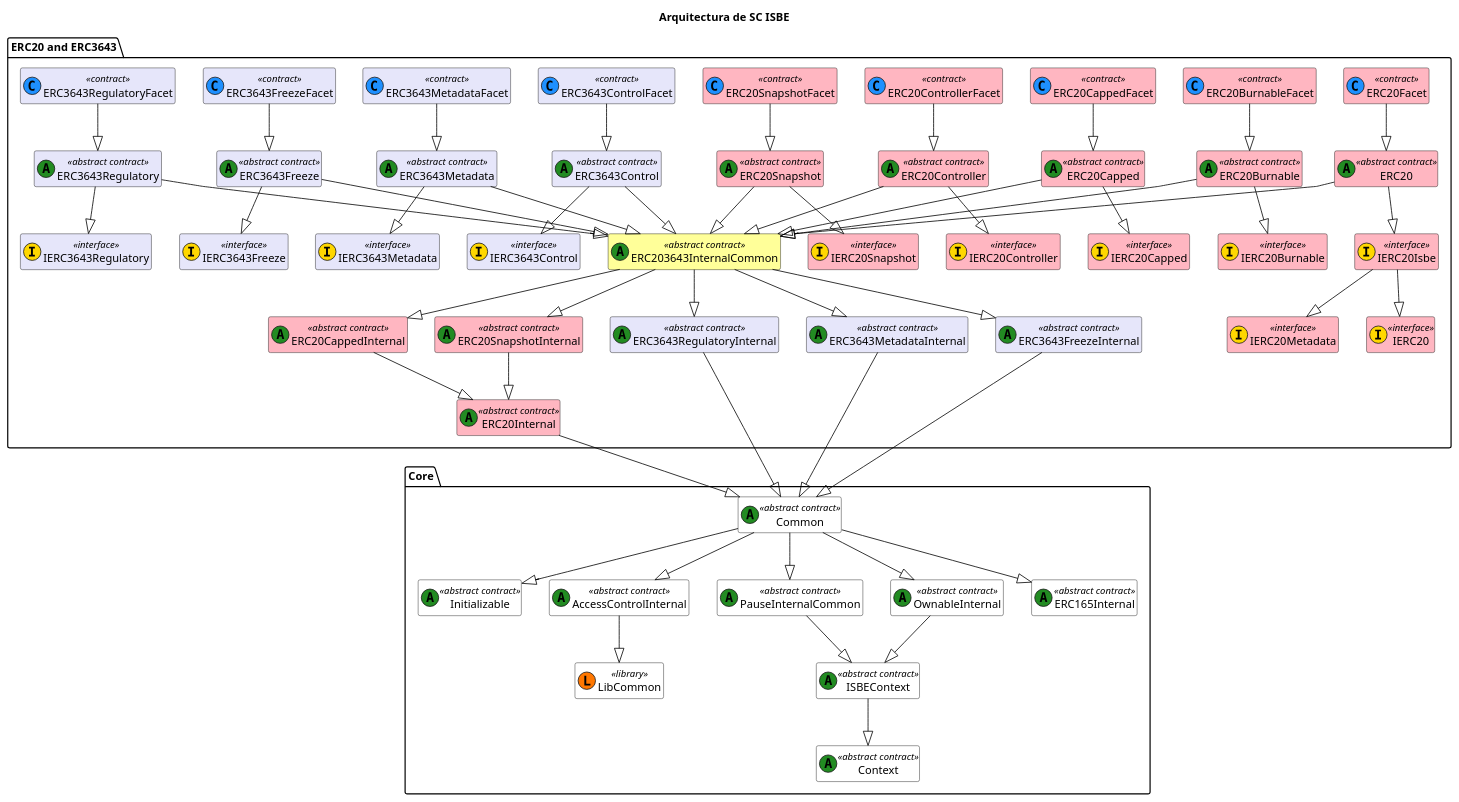
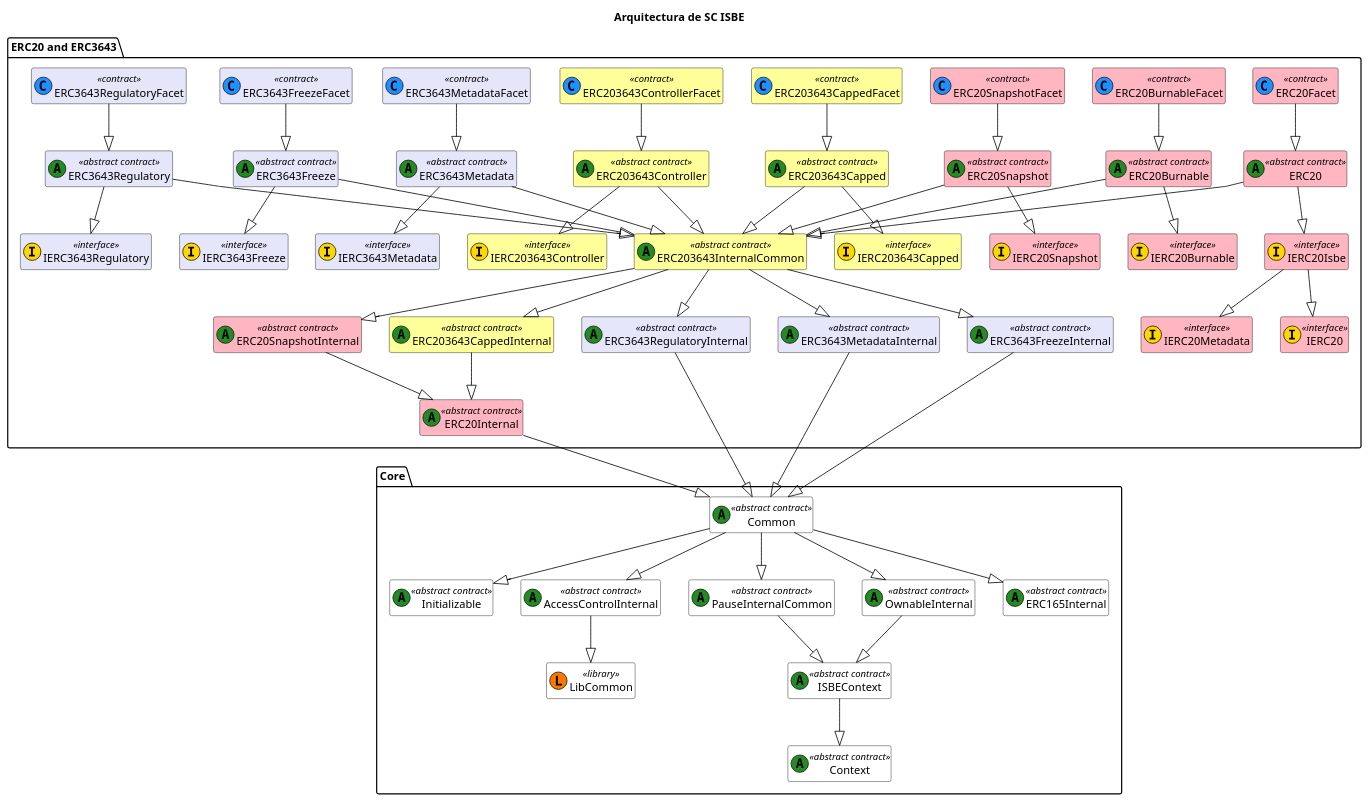
The diagram in docs/diagrams/ISBE-SC-UML-Global-Functional_3.puml (red-isbe/isbe-contracts), drawn with PlantUML before and after one commit. The commit also changed 9 other files, not shown here.

Commit message:
Update ADR, diagram and beforetokentransfer more clear

```diff
--- a/docs/diagrams/ISBE-SC-UML-Global-Functional_3.puml
+++ b/docs/diagrams/ISBE-SC-UML-Global-Functional_3.puml
@@ -1,154 +1,151 @@
 @startuml
 title Arquitectura de SC ISBE
 
 skinparam class {
     BackgroundColor White
     ArrowColor Black
     BorderColor Black
 }
 skinparam linetype polyline
 hide empty members
 
 ' === CORE ===
 package "Core" {
     class Initializable <<(A,#228b22) abstract contract>>
     class Common <<(A,#228b22) abstract contract>>
     class LibCommon << (L,#FF7700) library >>
     class ISBEContext <<(A,#228b22) abstract contract>>
     class AccessControlInternal <<(A,#228b22) abstract contract>> 
     class PauseInternalCommon <<(A,#228b22) abstract contract>> 
     class OwnableInternal <<(A,#228b22) abstract contract>> 
     class ERC165Internal <<(A,#228b22) abstract contract>>
     class Context <<(A,#228b22) abstract contract>>
 
     Common --|> Initializable
     Common --|> ERC165Internal
     Common --|> AccessControlInternal
     Common --|> OwnableInternal
     Common --|> PauseInternalCommon
     PauseInternalCommon --|> ISBEContext
     OwnableInternal --|> ISBEContext
     ISBEContext --|> Context
     AccessControlInternal --|> LibCommon
 }
 
 
 
 
 ' === ERC20 and ERC3643 ===
 package "ERC20 and ERC3643" {
     class IERC20 <<(I,#FFD700) interface>> #FFB6C1
     class IERC20Metadata <<(I,#FFD700) interface>> #FFB6C1
     class IERC20Isbe <<(I,#FFD700) interface>> #FFB6C1
     class IERC20Burnable <<(I,#FFD700) interface>> #FFB6C1
-    class IERC20Capped <<(I,#FFD700) interface>> #FFB6C1
-    class IERC20Controller <<(I,#FFD700) interface>> #FFB6C1
     class IERC20Snapshot <<(I,#FFD700) interface>> #FFB6C1
+    class IERC203643Capped <<(I,#FFD700) interface>> #FFFF99
+    class IERC203643Controller <<(I,#FFD700) interface>> #FFFF99
+    
 
     class ERC20 <<(A,#228B22) abstract contract>> #FFB6C1
     class ERC20Facet <<(C,#1E90FF) contract>> #FFB6C1
     class ERC20Internal <<(A,#228B22) abstract contract>> #FFB6C1
 
     class ERC20Burnable <<(A,#228B22) abstract contract>> #FFB6C1
     class ERC20BurnableFacet <<(C,#1E90FF) contract>> #FFB6C1
 
-    class ERC20Capped <<(A,#228B22) abstract contract>> #FFB6C1
-    class ERC20CappedFacet <<(C,#1E90FF) contract>> #FFB6C1
-    class ERC20CappedInternal <<(A,#228B22) abstract contract>> #FFB6C1
-
-    class ERC20Controller <<(A,#228B22) abstract contract>> #FFB6C1
-    class ERC20ControllerFacet <<(C,#1E90FF) contract>> #FFB6C1
-
     class ERC20Snapshot <<(A,#228B22) abstract contract>> #FFB6C1
     class ERC20SnapshotFacet <<(C,#1E90FF) contract>> #FFB6C1
     class ERC20SnapshotInternal <<(A,#228B22) abstract contract>> #FFB6C1
+
+    class ERC203643Capped <<(A,#228B22) abstract contract>> #FFFF99
+    class ERC203643CappedFacet <<(C,#1E90FF) contract>> #FFFF99
+    class ERC203643CappedInternal <<(A,#228B22) abstract contract>> #FFFF99
+
+    class ERC203643Controller <<(A,#228B22) abstract contract>> #FFFF99
+    class ERC203643ControllerFacet <<(C,#1E90FF) contract>> #FFFF99
+
+    
 
     ERC20 --|> IERC20Isbe
     IERC20Isbe --|> IERC20
     IERC20Isbe --|> IERC20Metadata
     
   
     ERC20Internal --|> Common
     ERC20Facet --|> ERC20
 
     ERC20Burnable --|> IERC20Burnable
     ERC20BurnableFacet --|> ERC20Burnable
 
-    ERC20Capped --|> IERC20Capped
-    ERC20CappedFacet --|> ERC20Capped
-    ERC20CappedInternal --|> ERC20Internal
+    ERC203643Capped --|> IERC203643Capped
+    ERC203643CappedFacet --|> ERC203643Capped
+    ERC203643CappedInternal --|> ERC20Internal
 
-    ERC20Controller --|> IERC20Controller
-    ERC20ControllerFacet --|> ERC20Controller
+    ERC203643Controller --|> IERC203643Controller
+    ERC203643ControllerFacet --|> ERC203643Controller
 
     ERC20Snapshot --|> IERC20Snapshot
     ERC20SnapshotFacet --|> ERC20Snapshot
     ERC20SnapshotInternal --|> ERC20Internal
 
-     ' --- Control ---
-    class IERC3643Control <<(I,#FFD700) interface>> #E6E6FA
-    class ERC3643Control <<(A,#228B22) abstract contract>> #E6E6FA
-    class ERC3643ControlFacet <<(C,#1E90FF) contract>> #E6E6FA
 
-    ERC3643ControlFacet --|> ERC3643Control
-    ERC3643Control --|> IERC3643Control 
 
     ' --- Metadata ---
     class IERC3643Metadata <<(I,#FFD700) interface>> #E6E6FA
     class ERC3643MetadataInternal <<(A,#228B22) abstract contract>> #E6E6FA
     class ERC3643Metadata <<(A,#228B22) abstract contract>> #E6E6FA
     class ERC3643MetadataFacet <<(C,#1E90FF) contract>> #E6E6FA
 
     ERC3643MetadataFacet --|> ERC3643Metadata 
     ERC3643Metadata --|> IERC3643Metadata   
     ERC3643MetadataInternal --|> Common 
 
 
     ' --- Freeze ---
     class IERC3643Freeze <<(I,#FFD700) interface>> #E6E6FA
     class ERC3643FreezeInternal <<(A,#228B22) abstract contract>> #E6E6FA
     class ERC3643Freeze <<(A,#228B22) abstract contract>> #E6E6FA
     class ERC3643FreezeFacet <<(C,#1E90FF) contract>> #E6E6FA
 
     ERC3643FreezeFacet --|> ERC3643Freeze
     ERC3643Freeze --|> IERC3643Freeze  
     ERC3643FreezeInternal --|> Common 
     
     ' --- Regulatory Infrastructure ---
     class IERC3643Regulatory <<(I,#FFD700) interface>> #E6E6FA
     class ERC3643RegulatoryInternal <<(A,#228B22) abstract contract>> #E6E6FA
     class ERC3643Regulatory <<(A,#228B22) abstract contract>> #E6E6FA
     class ERC3643RegulatoryFacet <<(C,#1E90FF) contract>> #E6E6FA
     
     ERC3643RegulatoryFacet --|> ERC3643Regulatory
     ERC3643Regulatory --|> IERC3643Regulatory   
     ERC3643RegulatoryInternal --|> Common
 
     
 
     ' --- ERC203643 Internal Common ---
     class ERC203643InternalCommon <<(A,#228B22) abstract contract>> #FFFF99
     ERC203643InternalCommon --|> ERC20SnapshotInternal
-    ERC203643InternalCommon --|> ERC20CappedInternal
+    ERC203643InternalCommon --|> ERC203643CappedInternal
 
     ERC203643InternalCommon --|> ERC3643RegulatoryInternal
     ERC203643InternalCommon --|> ERC3643FreezeInternal
     ERC203643InternalCommon --|> ERC3643MetadataInternal 
 
 
 
 
     
-    ERC3643Control --|> ERC203643InternalCommon
+ 
     ERC3643Metadata --|> ERC203643InternalCommon
     ERC3643Regulatory --|> ERC203643InternalCommon
     ERC3643Freeze --|> ERC203643InternalCommon
 
     ERC20 --|> ERC203643InternalCommon
     ERC20Burnable --|> ERC203643InternalCommon
-    ERC20Capped --|> ERC203643InternalCommon
-    ERC20Controller --|> ERC203643InternalCommon
+    ERC203643Capped --|> ERC203643InternalCommon
+    ERC203643Controller --|> ERC203643InternalCommon
     ERC20Snapshot --|> ERC203643InternalCommon
 
 }
 @enduml
```
